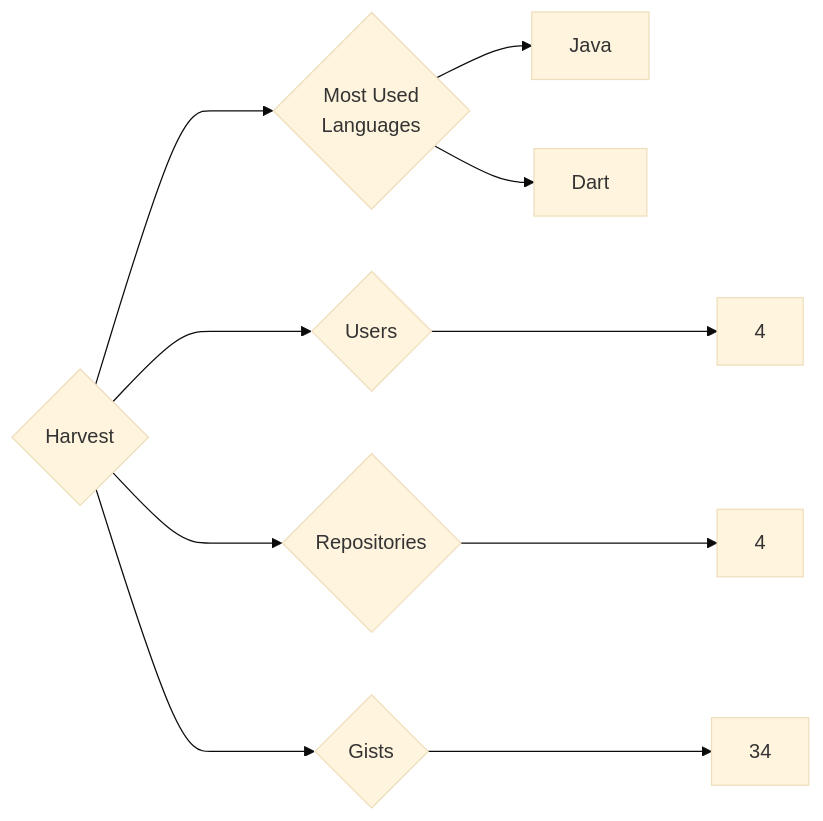
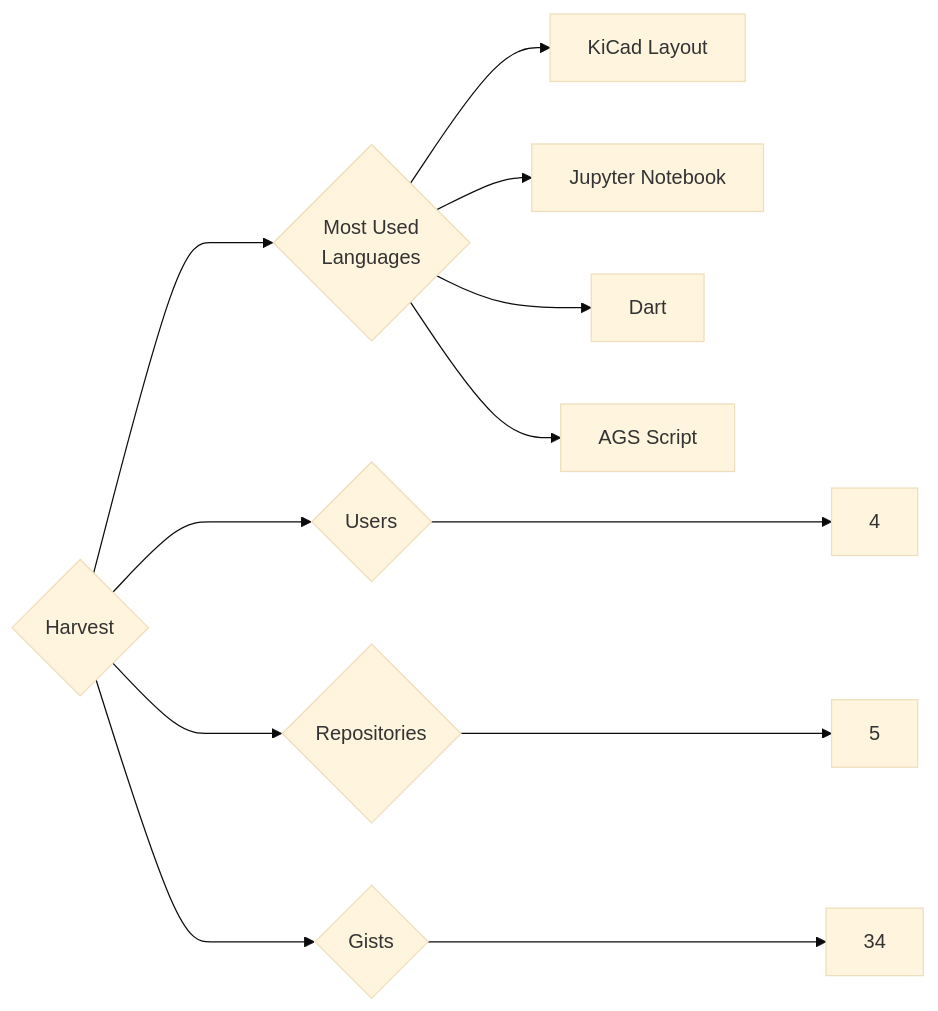
The diagram in targets/Harvest/README.md (trickest/insiders), drawn with Mermaid (base theme) before and after one commit. The commit also changed 1055 other files, not shown here.

````diff
--- a/targets/Harvest/README.md
+++ b/targets/Harvest/README.md
@@ -3,10 +3,12 @@
 ```mermaid
 graph LR
 COMPANY_NAME{Harvest}
 COMPANY_NAME ---> U{Users} ---> UN[4]
-COMPANY_NAME ---> R{Repositories} ---> RN[4]
+COMPANY_NAME ---> R{Repositories} ---> RN[5]
 COMPANY_NAME ---> G{Gists} ---> GN[34]
 COMPANY_NAME ---> ML{Most Used<br>Languages}
-ML --> Java[Java]
+ML --> KiCad_Layout[KiCad Layout]
+ML --> Jupyter_Notebook[Jupyter Notebook]
 ML --> Dart[Dart]
+ML --> AGS_Script[AGS Script]
 ```
````
